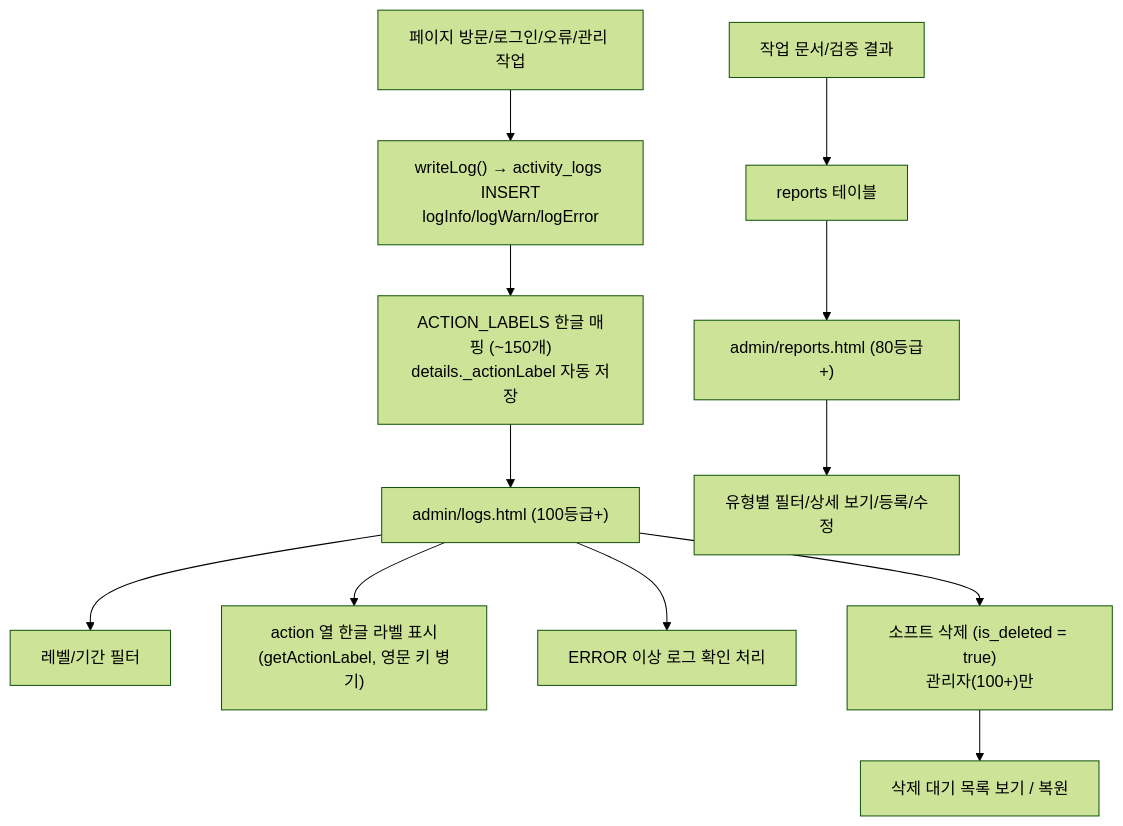
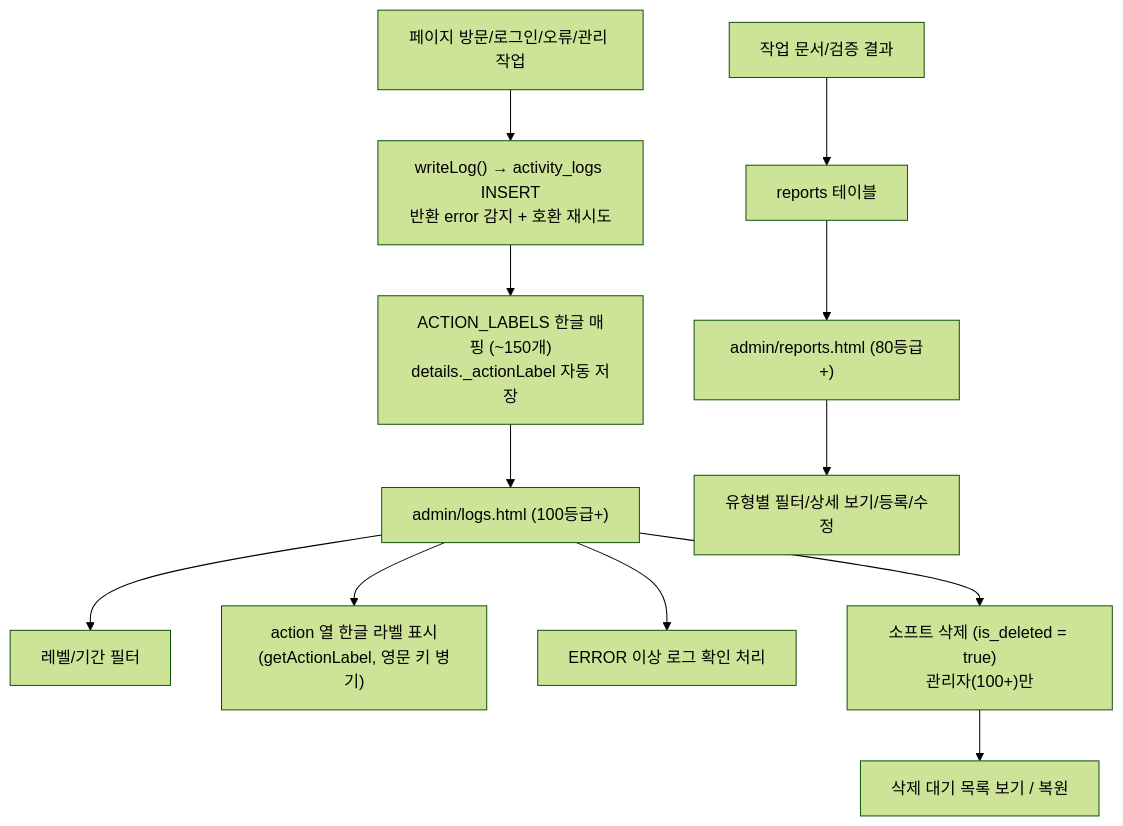
One commit to CHO-Talents/CHO-Talents changed the tenth of 12 diagrams in docs/PROJECT_ARCHITECTURE_FLOW.md. Above: the diagram before and after it, drawn with Mermaid (forest theme). The commit also changed other lines of this file and 40 other files, not shown here.

````diff
--- a/docs/PROJECT_ARCHITECTURE_FLOW.md
+++ b/docs/PROJECT_ARCHITECTURE_FLOW.md
@@ -375,15 +375,15 @@
 ```mermaid
 flowchart TD
-  Event["페이지 방문/로그인/오류/관리 작업"] --> WriteLog["writeLog() → activity_logs INSERT<br/>logInfo/logWarn/logError"]
+  Event["페이지 방문/로그인/오류/관리 작업"] --> WriteLog["writeLog() → activity_logs INSERT<br/>반환 error 감지 + 호환 재시도"]
   WriteLog --> ActionLabel["ACTION_LABELS 한글 매핑 (~150개)<br/>details._actionLabel 자동 저장"]
   ActionLabel --> Logs["admin/logs.html (100등급+)"]
   Logs --> Filter["레벨/기간 필터"]
   Logs --> KoLabel["action 열 한글 라벨 표시<br/>(getActionLabel, 영문 키 병기)"]
   Logs --> Ack["ERROR 이상 로그 확인 처리"]
   Logs --> SoftDel["소프트 삭제 (is_deleted = true)<br/>관리자(100+)만"]
   SoftDel --> DelView["삭제 대기 목록 보기 / 복원"]
 
   Docs["작업 문서/검증 결과"] --> ReportsTable["reports 테이블"]
   ReportsTable --> Reports["admin/reports.html (80등급+)"]
   Reports --> ReportView["유형별 필터/상세 보기/등록/수정"]
 ```
````
